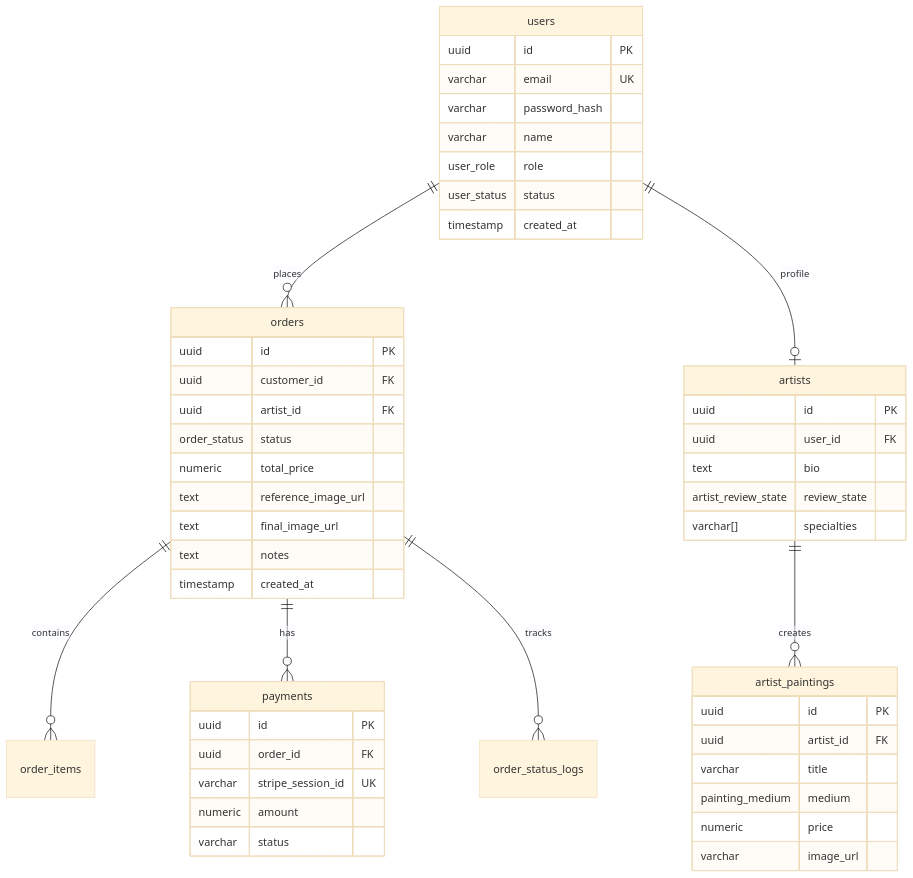
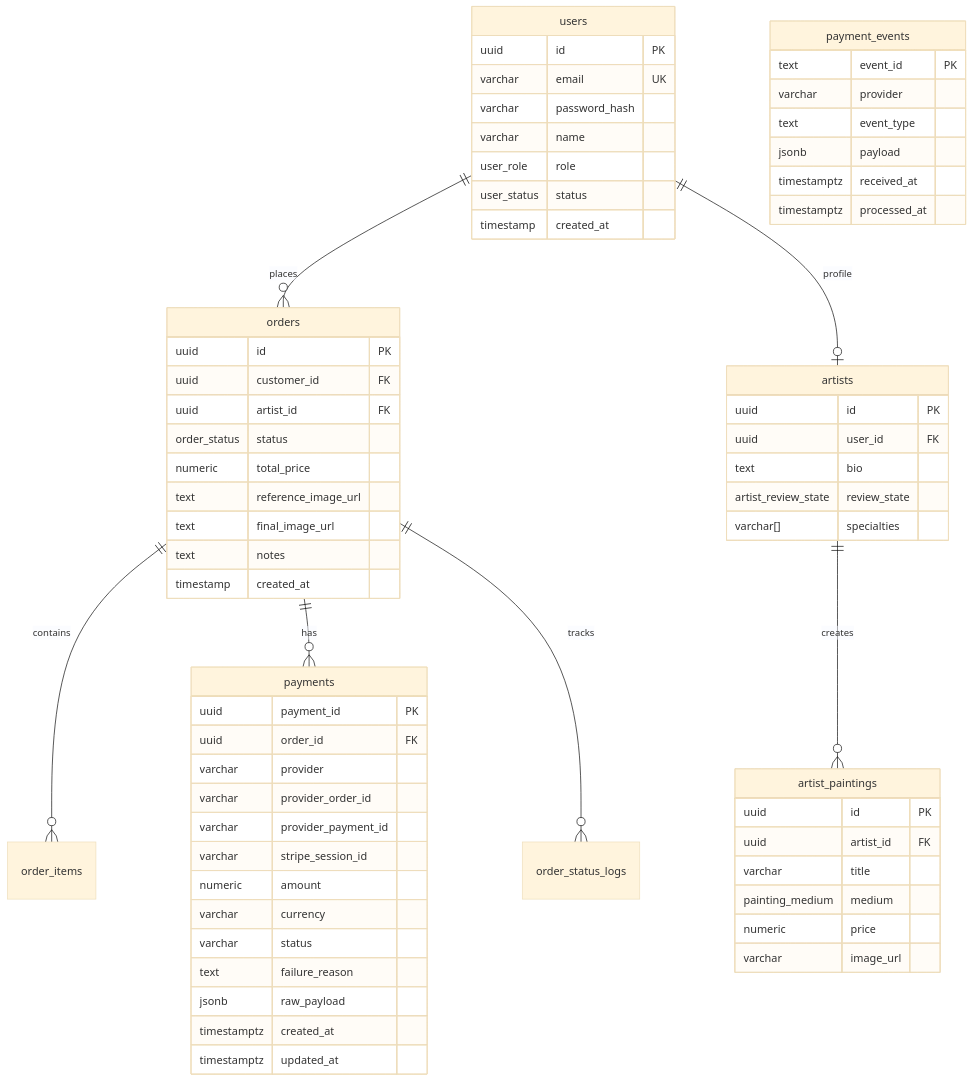
Before and after one commit to GaneshTerkar/artify-platform: the sixth of 6 diagrams in docs/FUNCTIONALITY_GUIDE.md, drawn with Mermaid (base theme). The commit also changed other lines of this file and 30 other files, not shown here.

````diff
--- a/docs/FUNCTIONALITY_GUIDE.md
+++ b/docs/FUNCTIONALITY_GUIDE.md
@@ -412,56 +428,73 @@
 ```mermaid
 erDiagram
     users ||--o{ orders : places
     users ||--o| artists : profile
     artists ||--o{ artist_paintings : creates
     orders ||--o{ order_items : contains
     orders ||--o{ payments : has
     orders ||--o{ order_status_logs : tracks
 
     users {
         uuid id PK
         varchar email UK
         varchar password_hash
         varchar name
         user_role role
         user_status status
         timestamp created_at
     }
 
     artists {
         uuid id PK
         uuid user_id FK
         text bio
         artist_review_state review_state
         varchar[] specialties
     }
 
     artist_paintings {
         uuid id PK
         uuid artist_id FK
         varchar title
         painting_medium medium
         numeric price
         varchar image_url
     }
 
     orders {
         uuid id PK
         uuid customer_id FK
         uuid artist_id FK
         order_status status
         numeric total_price
         text reference_image_url
         text final_image_url
         text notes
         timestamp created_at
     }
 
     payments {
-        uuid id PK
+        uuid payment_id PK
         uuid order_id FK
-        varchar stripe_session_id UK
+        varchar provider
+        varchar provider_order_id
+        varchar provider_payment_id
+        varchar stripe_session_id
         numeric amount
+        varchar currency
         varchar status
+        text failure_reason
+        jsonb raw_payload
+        timestamptz created_at
+        timestamptz updated_at
+    }
+
+    payment_events {
+        text event_id PK
+        varchar provider
+        text event_type
+        jsonb payload
+        timestamptz received_at
+        timestamptz processed_at
     }
 ```
````
